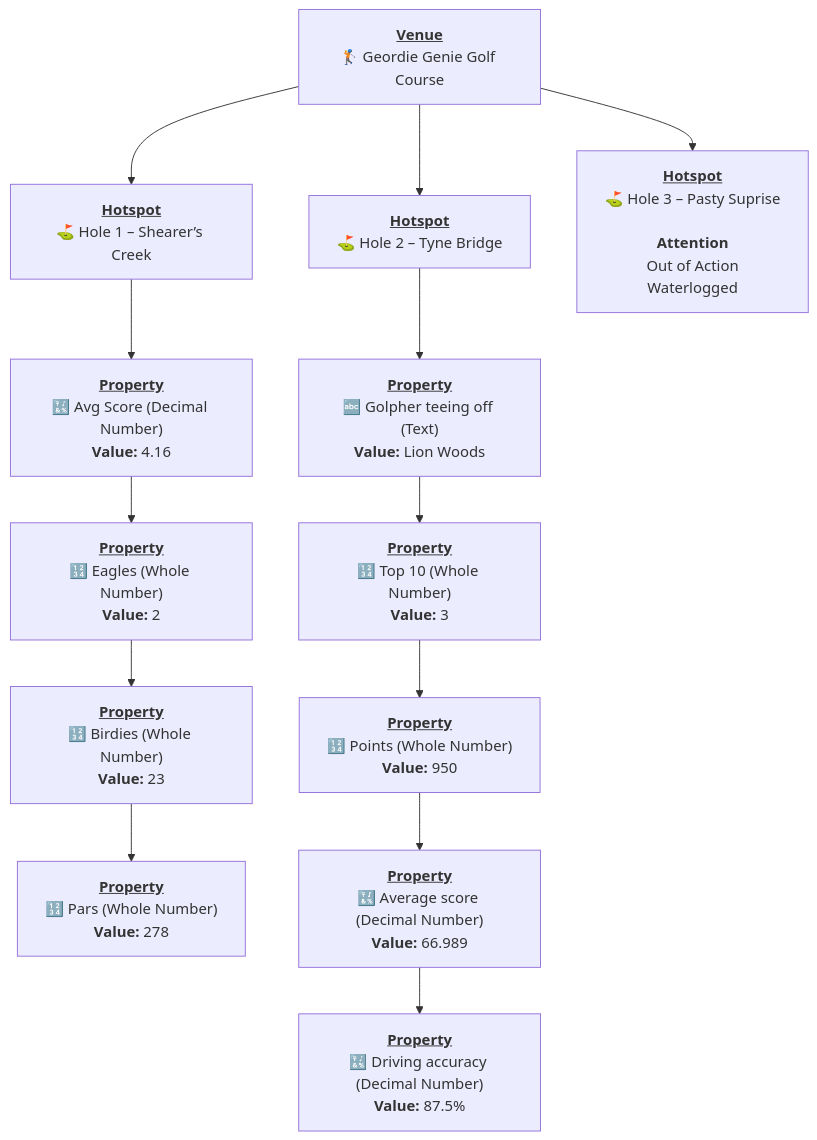
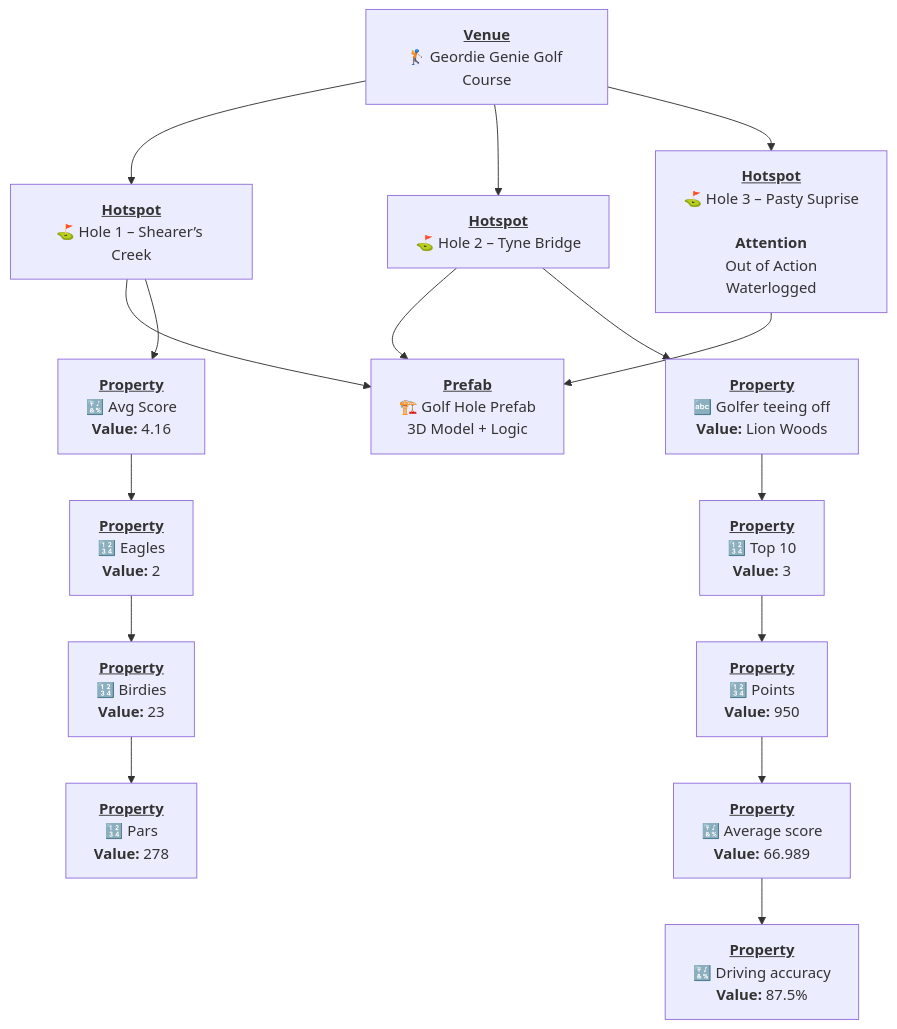
Before and after one commit to GeoARit/.github: the second of 5 diagrams in profile/README.md, drawn with Mermaid. The commit also changed other lines of this file, not shown here.

````diff
--- a/profile/README.md
+++ b/profile/README.md
@@ -93,51 +92,66 @@
 ```mermaid
+
 flowchart TD
 
 %% ========================
 %% VENUE
 %% ========================
 VENUE["<u><b>Venue</b></u><br/>🏌️ Geordie Genie Golf Course"]
 click VENUE "https://geoar.it/help#category-Venue-Properties" _blank
 
+
 %% ========================
-%% HOLE HOTSPOTS (1, 2, 3)
+%% HOTSPOTS (Hole 1, 2, 3)
 %% ========================
-
 HS1["<u><b>Hotspot</b></u><br/>⛳ Hole 1 – Shearer’s Creek"]
 click HS1 "https://geoar.it/help#category-Hotspot-Properties" _blank
 
 HS2["<u><b>Hotspot</b></u><br/>⛳ Hole 2 – Tyne Bridge"]
 click HS2 "https://geoar.it/help#category-Hotspot-Properties" _blank
 
-%% ---- UPDATED HOLE 3 ----
 HS3["<u><b>Hotspot</b></u><br/>⛳ Hole 3 – Pasty Suprise<br/><br/><b>Attention</b><br/>Out of Action<br/>Waterlogged"]
 click HS3 "https://geoar.it/help#category-Hotspot-Properties" _blank
 
 VENUE --> HS1
 VENUE --> HS2
 VENUE --> HS3
 
+
+%% ========================
+%% SHARED PREFAB NODE
+%% ========================
+PREFAB["<u><b>Prefab</b></u><br/>🏗️ Golf Hole Prefab<br/>3D Model + Logic"]
+click PREFAB "https://geoar.it/help#category-Prefab" _blank
+
+%% All hotspots reference SAME prefab
+HS1 --> PREFAB
+HS2 --> PREFAB
+HS3 --> PREFAB
+
+
 %% ========================
 %% PROPERTIES FOR EACH HOLE
 %% ========================
 
 %% ----- HOLE 1 Properties -----
-HS1_P1["<u><b>Property</b></u><br/>🔣 Avg Score (Decimal Number)<br/><b>Value:</b> 4.16"]
-HS1_P2["<u><b>Property</b></u><br/>🔢 Eagles (Whole Number)<br/><b>Value:</b> 2"]
-HS1_P3["<u><b>Property</b></u><br/>🔢 Birdies (Whole Number)<br/><b>Value:</b> 23"]
-HS1_P4["<u><b>Property</b></u><br/>🔢 Pars (Whole Number)<br/><b>Value:</b> 278"]
+HS1_P1["<u><b>Property</b></u><br/>🔣 Avg Score<br/><b>Value:</b> 4.16"]
+HS1_P2["<u><b>Property</b></u><br/>🔢 Eagles<br/><b>Value:</b> 2"]
+HS1_P3["<u><b>Property</b></u><br/>🔢 Birdies<br/><b>Value:</b> 23"]
+HS1_P4["<u><b>Property</b></u><br/>🔢 Pars<br/><b>Value:</b> 278"]
 
 HS1 --> HS1_P1 --> HS1_P2 --> HS1_P3 --> HS1_P4
 
+
 %% ----- HOLE 2 Properties -----
-HS2_P1["<u><b>Property</b></u><br/>🔤 Golpher teeing off (Text)<br/><b>Value:</b> Lion Woods"]
-HS2_P2["<u><b>Property</b></u><br/>🔢 Top 10 (Whole Number)<br/><b>Value:</b> 3"]
-HS2_P3["<u><b>Property</b></u><br/>🔢 Points (Whole Number)<br/><b>Value:</b> 950"]
-HS2_P4["<u><b>Property</b></u><br/>🔣 Average score (Decimal Number)<br/><b>Value:</b> 66.989"]
-HS2_P5["<u><b>Property</b></u><br/>🔣 Driving accuracy (Decimal Number)<br/><b>Value:</b> 87.5%"]
+HS2_P1["<u><b>Property</b></u><br/>🔤 Golfer teeing off<br/><b>Value:</b> Lion Woods"]
+HS2_P2["<u><b>Property</b></u><br/>🔢 Top 10<br/><b>Value:</b> 3"]
+HS2_P3["<u><b>Property</b></u><br/>🔢 Points<br/><b>Value:</b> 950"]
+HS2_P4["<u><b>Property</b></u><br/>🔣 Average score<br/><b>Value:</b> 66.989"]
+HS2_P5["<u><b>Property</b></u><br/>🔣 Driving accuracy<br/><b>Value:</b> 87.5%"]
 
 HS2 --> HS2_P1 --> HS2_P2 --> HS2_P3 --> HS2_P4 --> HS2_P5
 
-%% Hole 3 has no individual property boxes – text is embedded inside HS3.
+
+%% Hole 3 properties are embedded in hotspot box (status = out of action)
 
 ```
````
